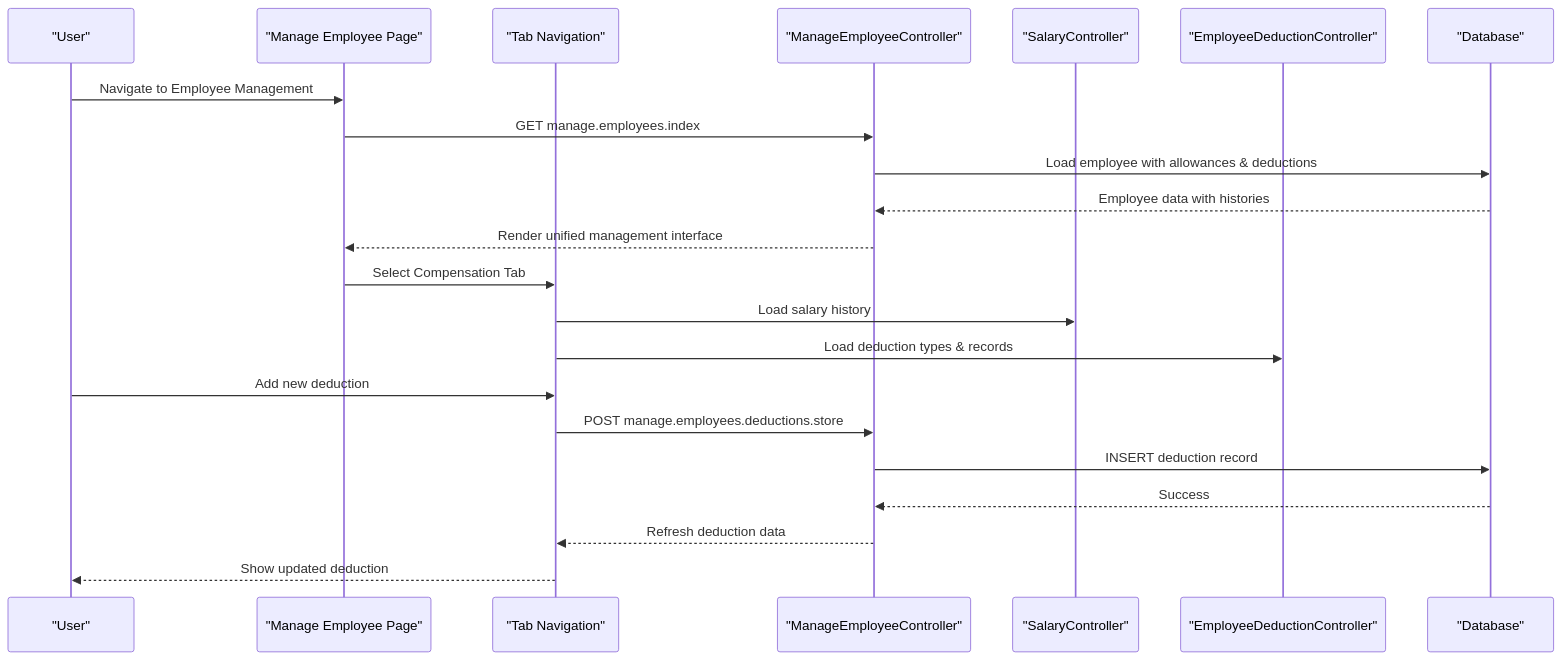
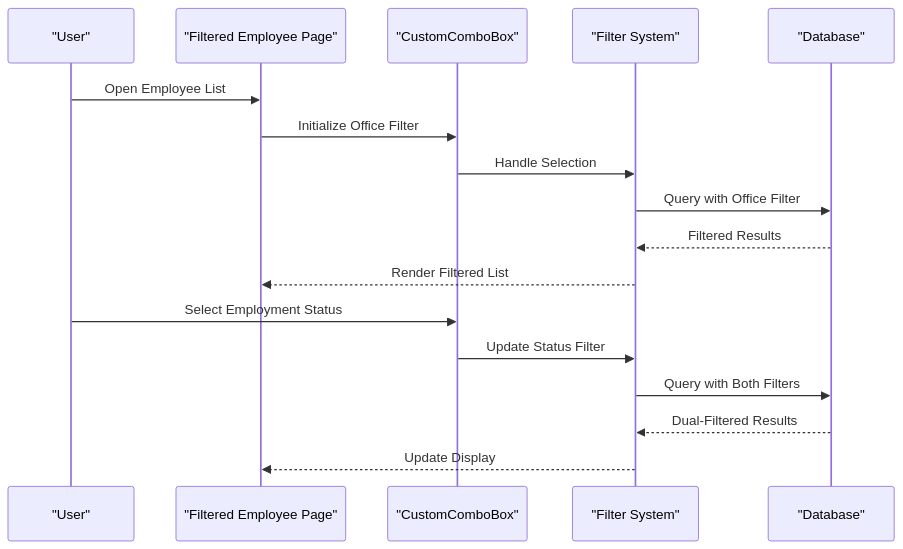
One commit to vincet0t15/template changed the second of 8 diagrams in .qoder/repowiki/en/content/Employee Management/Employee Management.md. Above: the diagram before and after it, drawn with Mermaid. The commit also changed other lines of this file and 13 other files, not shown here.

````diff
--- a/.qoder/repowiki/en/content/Employee Management/Employee Management.md
+++ b/.qoder/repowiki/en/content/Employee Management/Employee Management.md
@@ -182,24 +196,19 @@
 ```mermaid
 sequenceDiagram
 participant U as "User"
-participant FE as "Manage Employee Page"
-participant TAB as "Tab Navigation"
-participant ME as "ManageEmployeeController"
-participant SAL as "SalaryController"
-participant DED as "EmployeeDeductionController"
+participant FE as "Filtered Employee Page"
+participant CB as "CustomComboBox"
+participant FS as "Filter System"
 participant DB as "Database"
-U->>FE : Navigate to Employee Management
-FE->>ME : GET manage.employees.index
-ME->>DB : Load employee with allowances & deductions
-DB-->>ME : Employee data with histories
-ME-->>FE : Render unified management interface
-FE->>TAB : Select Compensation Tab
-TAB->>SAL : Load salary history
-TAB->>DED : Load deduction types & records
-U->>TAB : Add new deduction
-TAB->>ME : POST manage.employees.deductions.store
-ME->>DB : INSERT deduction record
-DB-->>ME : Success
-ME-->>TAB : Refresh deduction data
-TAB-->>U : Show updated deduction
+U->>FE : Open Employee List
+FE->>CB : Initialize Office Filter
+CB->>FS : Handle Selection
+FS->>DB : Query with Office Filter
+DB-->>FS : Filtered Results
+FS-->>FE : Render Filtered List
+U->>CB : Select Employment Status
+CB->>FS : Update Status Filter
+FS->>DB : Query with Both Filters
+DB-->>FS : Dual-Filtered Results
+FS-->>FE : Update Display
 ```
````
